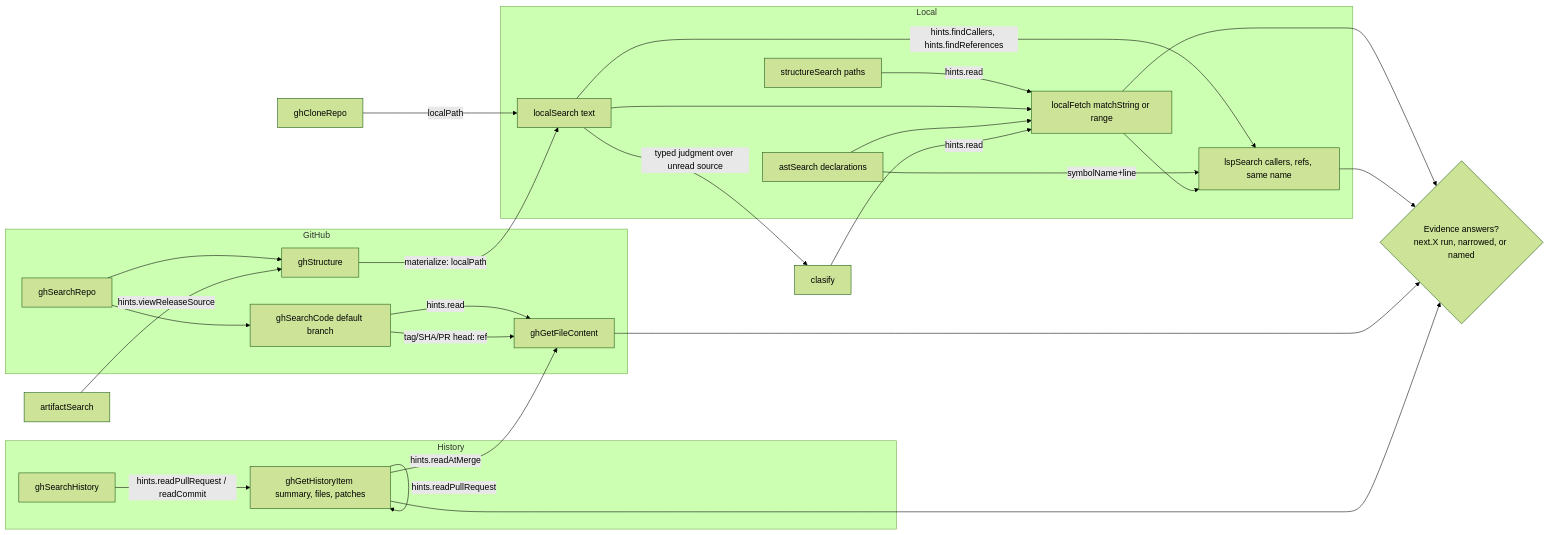
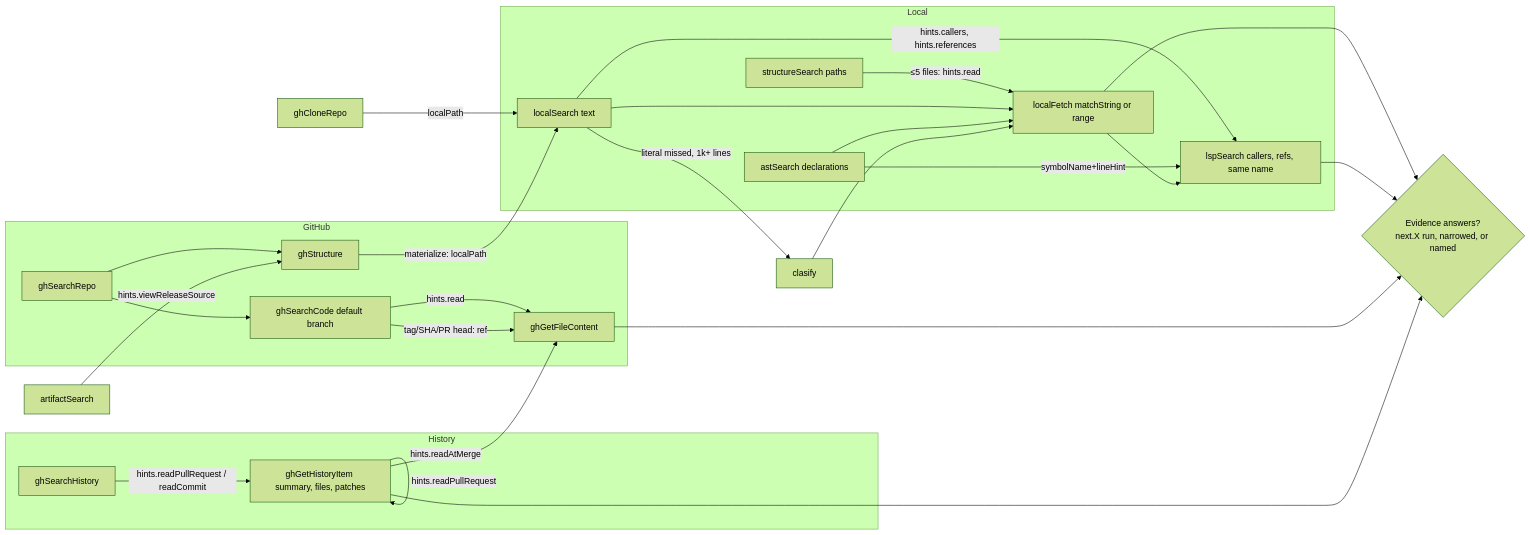
The first of 9 diagrams in docs/OCTOCODE_WORKFLOWS.md (bgauryy/octocode-mcp), drawn with Mermaid (forest theme) before and after one commit. The commit also changed other lines of this file and 351 other files, not shown here.

````diff
--- a/docs/OCTOCODE_WORKFLOWS.md
+++ b/docs/OCTOCODE_WORKFLOWS.md
@@ -24,42 +21,42 @@
 ```mermaid
 flowchart LR
   subgraph Local
     SS[structureSearch paths]
     LS[localSearch text]
     AS[astSearch declarations]
     LF[localFetch matchString or range]
     LSP[lspSearch callers, refs, same name]
   end
   subgraph GitHub
     GR[ghSearchRepo]
     GC[ghSearchCode default branch]
     GS[ghStructure]
     GF[ghGetFileContent]
   end
   subgraph History
     GH[ghSearchHistory]
     GI[ghGetHistoryItem summary, files, patches]
   end
   AR[artifactSearch]
   CR[ghCloneRepo]
   CL[clasify]
   DONE{Evidence answers?<br/>next.X run, narrowed, or named}
-  SS -->|hints.read| LF
+  SS -->|"≤5 files: hints.read"| LF
   LS & AS --> LF
-  LS -->|hints.findCallers, hints.findReferences| LSP
-  AS -->|symbolName+line| LSP
+  LS -->|hints.callers, hints.references| LSP
+  AS -->|symbolName+lineHint| LSP
   LF --> LSP
   GR --> GC & GS
   GC -->|hints.read| GF
   GC -->|"tag/SHA/PR head: ref"| GF
   GH -->|hints.readPullRequest / readCommit| GI
   GI -->|next.continuePatch / nextFilePage| GI
   GI -->|hints.readPullRequest| GI
   GI -->|hints.readAtMerge| GF
   AR -->|hints.viewReleaseSource| GS
   GS -->|materialize: localPath| LS
   CR -->|localPath| LS
-  LS -->|"typed judgment over unread source"| CL
-  CL -->|hints.read| LF
+  LS -->|"literal missed, 1k+ lines"| CL
+  CL --> LF
   LF & LSP & GF & GI --> DONE
 ```
````
